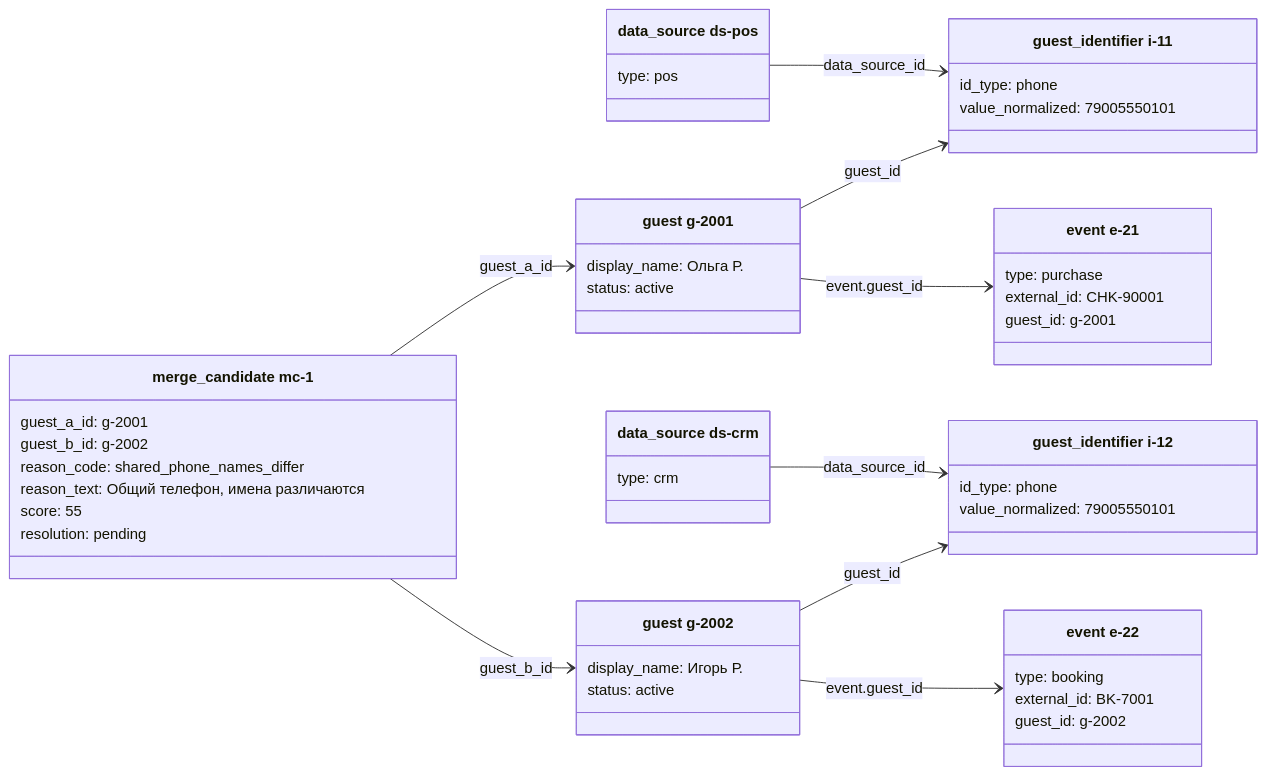
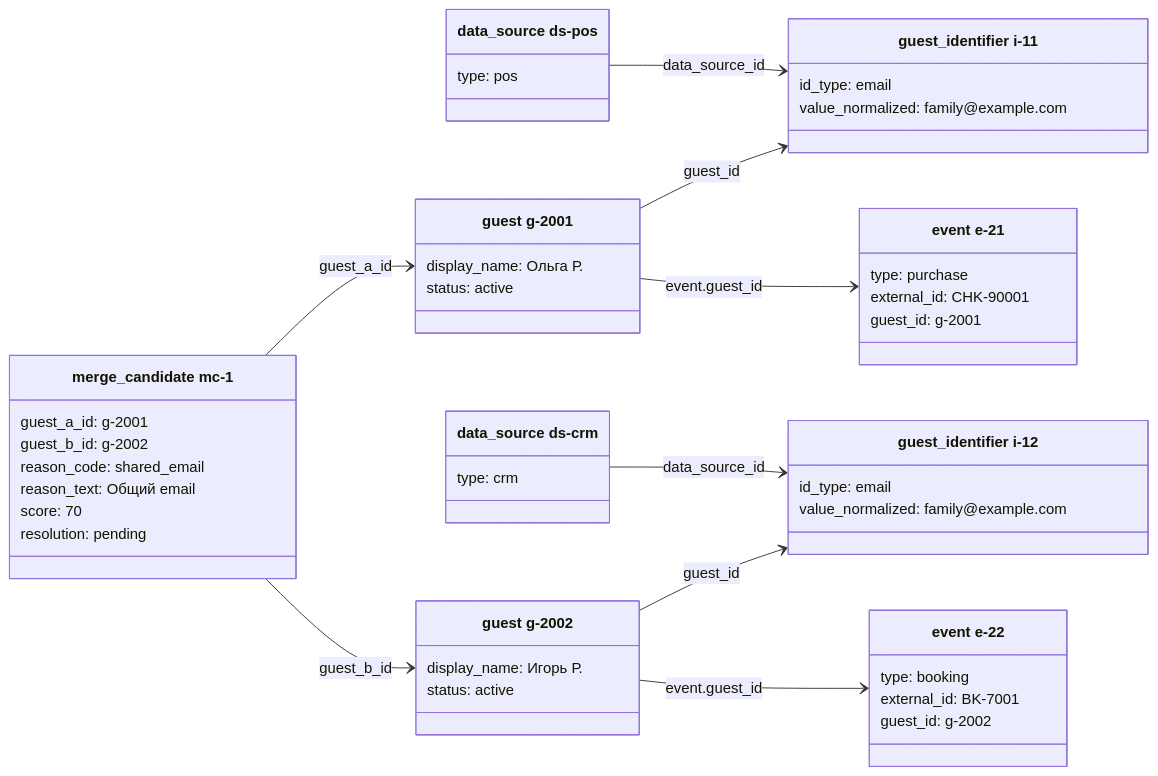
Before and after one commit to MangriMen/UCRP: the second of 5 diagrams in docs/design/06-object-diagrams.md, drawn with Mermaid. The commit also changed other lines of this file and 195 other files, not shown here.

````diff
--- a/docs/design/06-object-diagrams.md
+++ b/docs/design/06-object-diagrams.md
@@ -81,52 +81,52 @@
 ```mermaid
 classDiagram
   direction LR
   class ds_pos["data_source ds-pos"] {
     type: pos
   }
   class ds_crm["data_source ds-crm"] {
     type: crm
   }
   class g2001["guest g-2001"] {
     display_name: Ольга Р.
     status: active
   }
   class g2002["guest g-2002"] {
     display_name: Игорь Р.
     status: active
   }
   class i1["guest_identifier i-11"] {
-    id_type: phone
-    value_normalized: 79005550101
+    id_type: email
+    value_normalized: family@example.com
   }
   class i2["guest_identifier i-12"] {
-    id_type: phone
-    value_normalized: 79005550101
+    id_type: email
+    value_normalized: family@example.com
   }
   class ev1["event e-21"] {
     type: purchase
     external_id: CHK-90001
     guest_id: g-2001
   }
   class ev2["event e-22"] {
     type: booking
     external_id: BK-7001
     guest_id: g-2002
   }
   class mc1["merge_candidate mc-1"] {
     guest_a_id: g-2001
     guest_b_id: g-2002
-    reason_code: shared_phone_names_differ
-    reason_text: Общий телефон, имена различаются
-    score: 55
+    reason_code: shared_email
+    reason_text: Общий email
+    score: 70
     resolution: pending
   }
   ds_pos --> i1 : data_source_id
   ds_crm --> i2 : data_source_id
   g2001 --> i1 : guest_id
   g2002 --> i2 : guest_id
   g2001 --> ev1 : event.guest_id
   g2002 --> ev2 : event.guest_id
   mc1 --> g2001 : guest_a_id
   mc1 --> g2002 : guest_b_id
 ```
````
